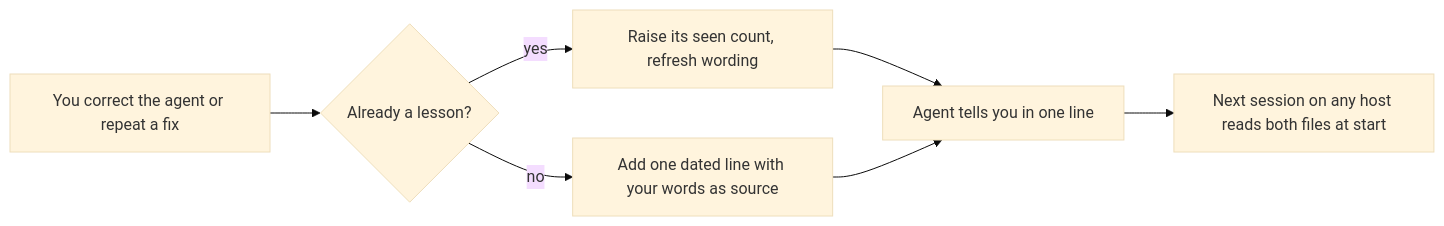
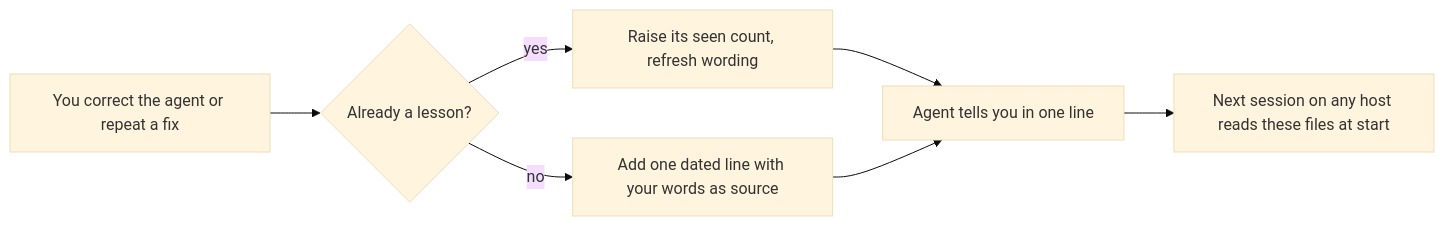
One commit to YourNeelsOG/one-skill-army changed the sixth of 7 diagrams in README.md. Above: the diagram before and after it, drawn with Mermaid (base theme). The commit also changed other lines of this file and 18 other files, not shown here.

````diff
--- a/README.md
+++ b/README.md
@@ -350,9 +355,9 @@
 ```mermaid
 flowchart LR
     A[You correct the agent or repeat a fix] --> B{Already a lesson?}
     B -->|yes| C[Raise its seen count, refresh wording]
     B -->|no| D[Add one dated line with your words as source]
     C --> E[Agent tells you in one line]
     D --> E
-    E --> F[Next session on any host reads both files at start]
+    E --> F[Next session on any host reads these files at start]
 ```
````
